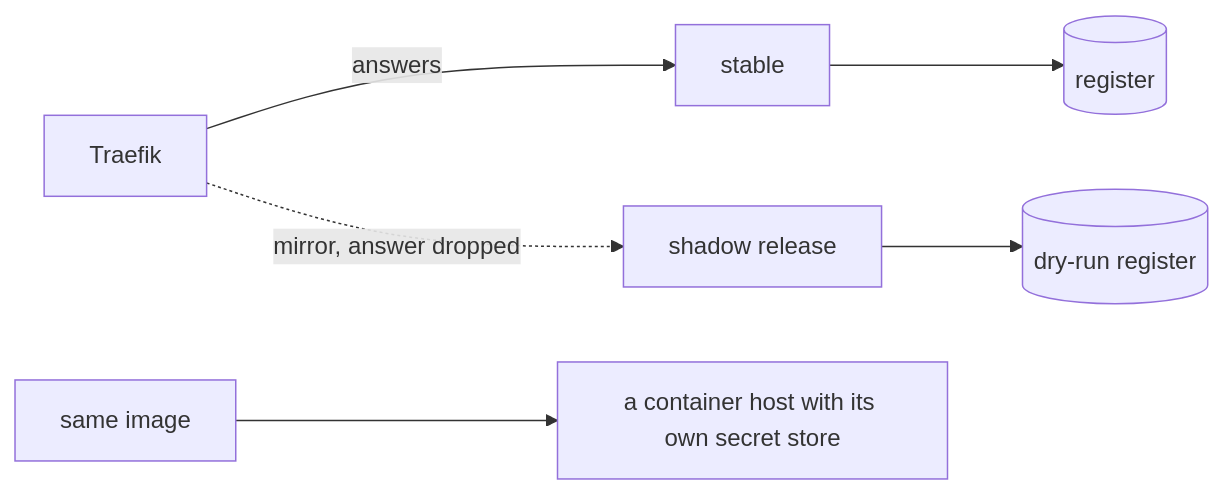
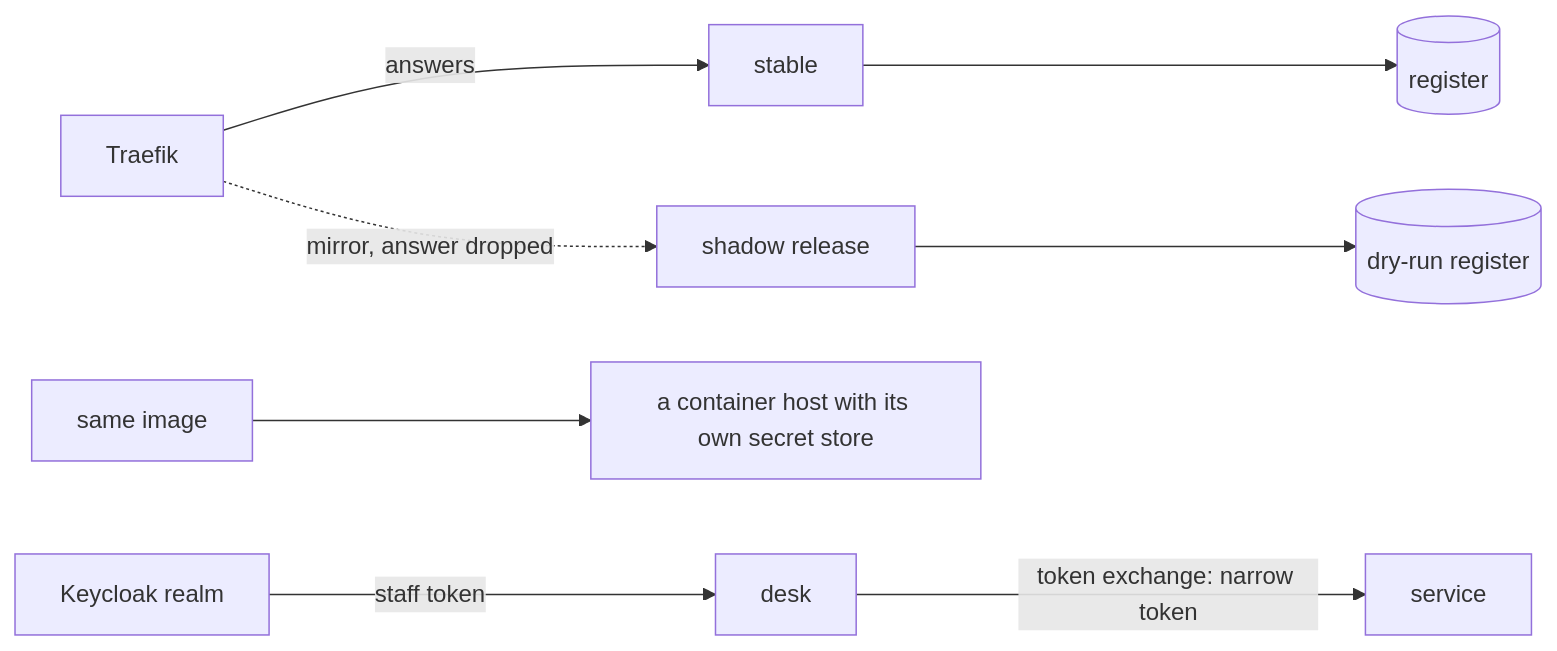
The diagram in parts/05-go-further/README.md (learnwithparam/agentic-deployment), drawn with Mermaid before and after one commit. The commit also changed other lines of this file and 31 other files, not shown here.

````diff
--- a/parts/05-go-further/README.md
+++ b/parts/05-go-further/README.md
@@ -28,8 +31,10 @@
 ```mermaid
 flowchart LR
   T[Traefik] -->|answers| S[stable]
   T -.->|mirror, answer dropped| SH[shadow release]
   SH --> DRY[(dry-run register)]
   S --> REG[(register)]
   IMG[same image] --> CR[a container host with its own secret store]
+  KC[Keycloak realm] -->|staff token| D[desk]
+  D -->|token exchange: narrow token| SV[service]
 ```
````
